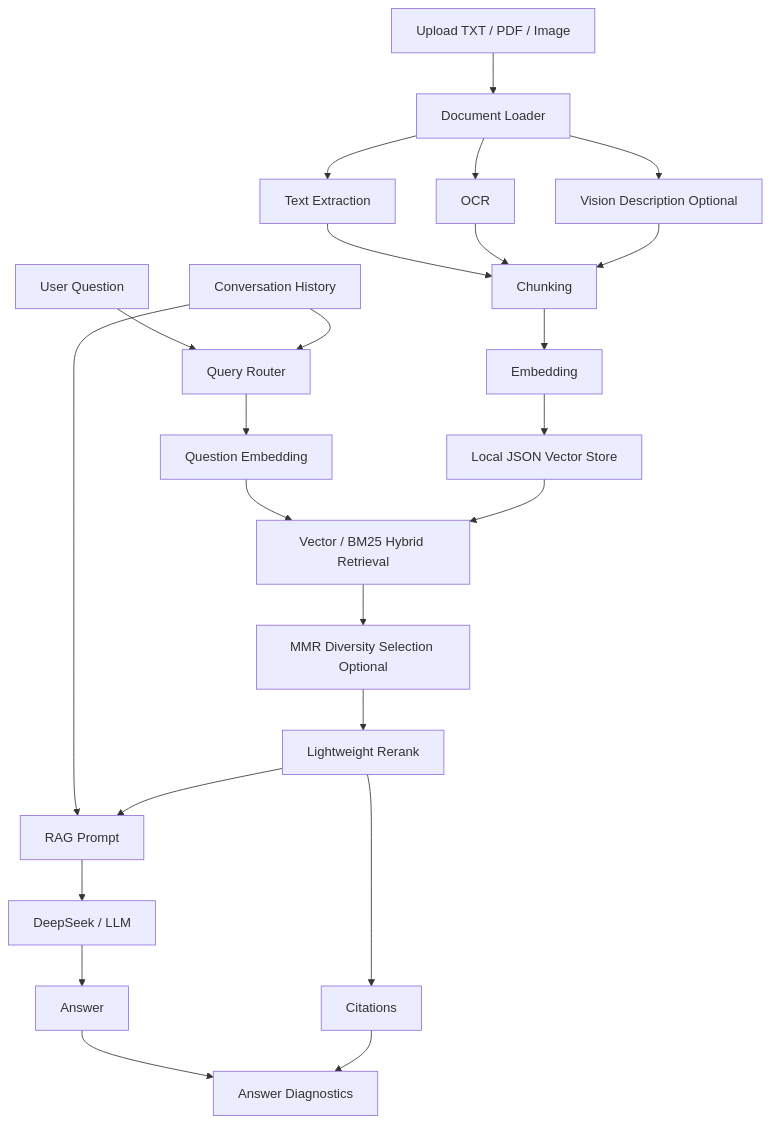
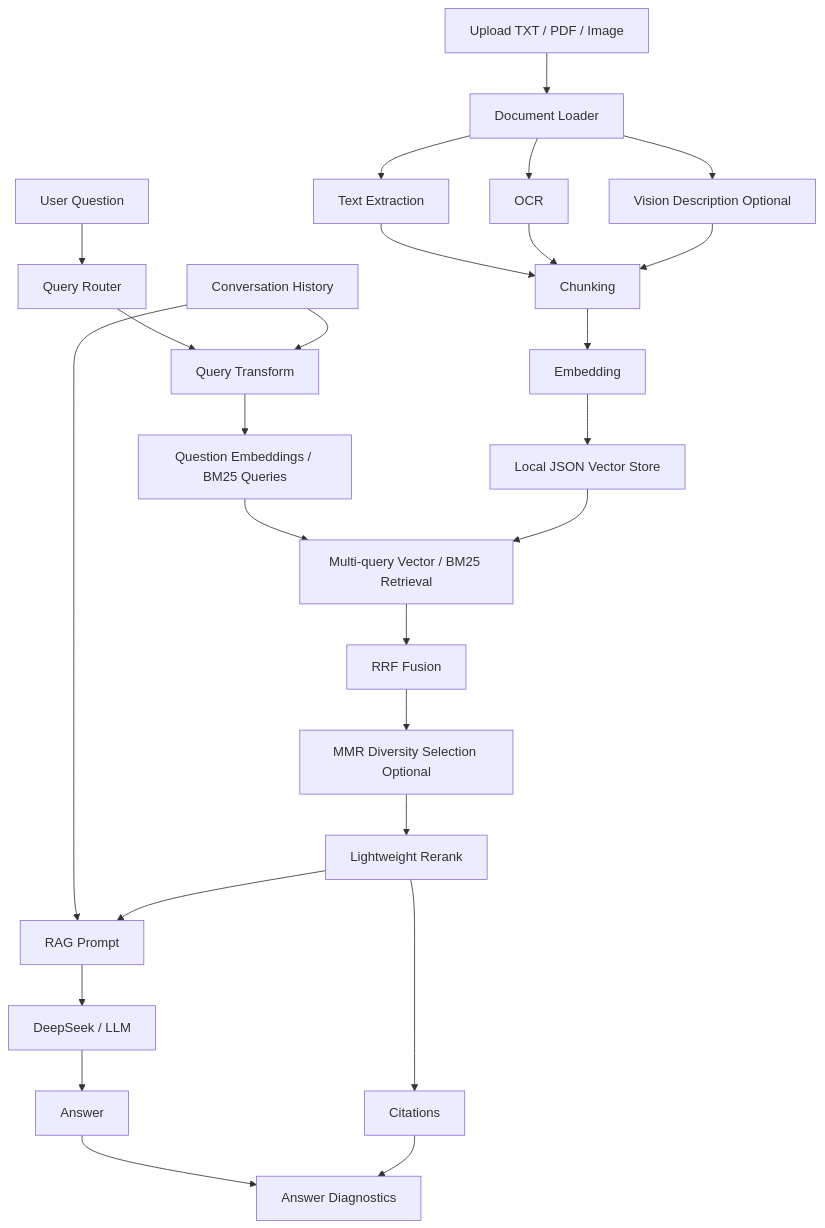
One commit to ljw826732773-png/multimodal-doc-rag changed the diagram in docs/architecture.md. Above: the diagram before and after it, drawn with Mermaid. The commit also changed other lines of this file and 8 other files, not shown here.

Commit message:
Add multi-query retrieval fusion

````diff
--- a/docs/architecture.md
+++ b/docs/architecture.md
@@ -53,26 +56,28 @@
 ```mermaid
 flowchart TD
     A["Upload TXT / PDF / Image"] --> B["Document Loader"]
     B --> C["Text Extraction"]
     B --> D["OCR"]
     B --> E["Vision Description Optional"]
     C --> F["Chunking"]
     D --> F
     E --> F
     F --> G["Embedding"]
     G --> H["Local JSON Vector Store"]
     I["User Question"] --> Q["Query Router"]
-    Q --> J["Question Embedding"]
-    J --> K["Vector / BM25 Hybrid Retrieval"]
+    Q --> T["Query Transform"]
+    T --> J["Question Embeddings / BM25 Queries"]
+    J --> K["Multi-query Vector / BM25 Retrieval"]
     H --> K
-    S["Conversation History"] --> Q
+    S["Conversation History"] --> T
     S --> M
-    K --> D2["MMR Diversity Selection Optional"]
+    K --> R2["RRF Fusion"]
+    R2 --> D2["MMR Diversity Selection Optional"]
     D2 --> L["Lightweight Rerank"]
     L --> M["RAG Prompt"]
     M --> N["DeepSeek / LLM"]
     N --> O["Answer"]
     L --> P["Citations"]
     O --> R["Answer Diagnostics"]
     P --> R
 ```
````
